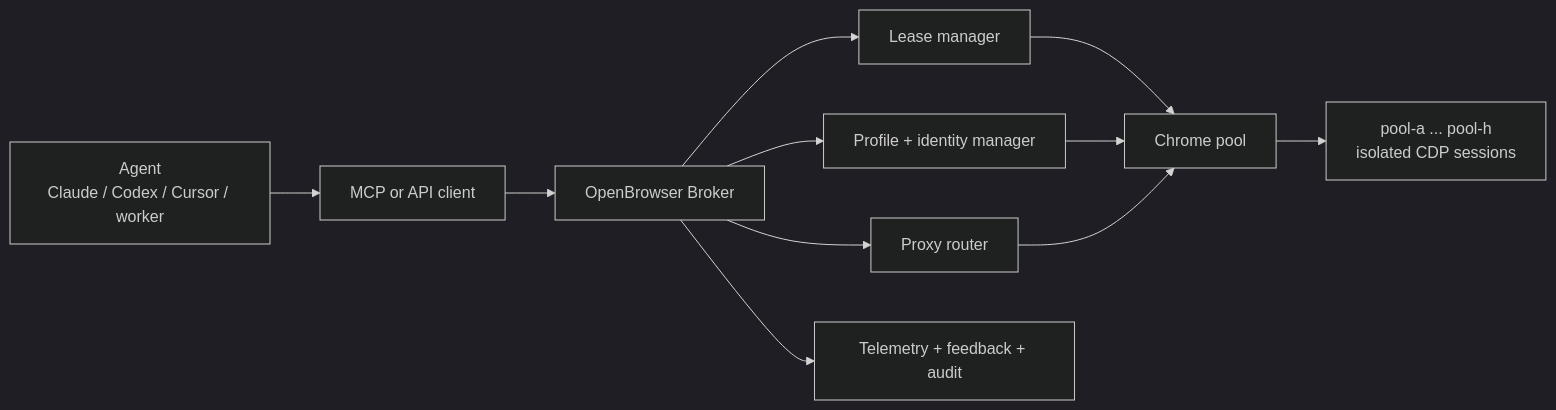
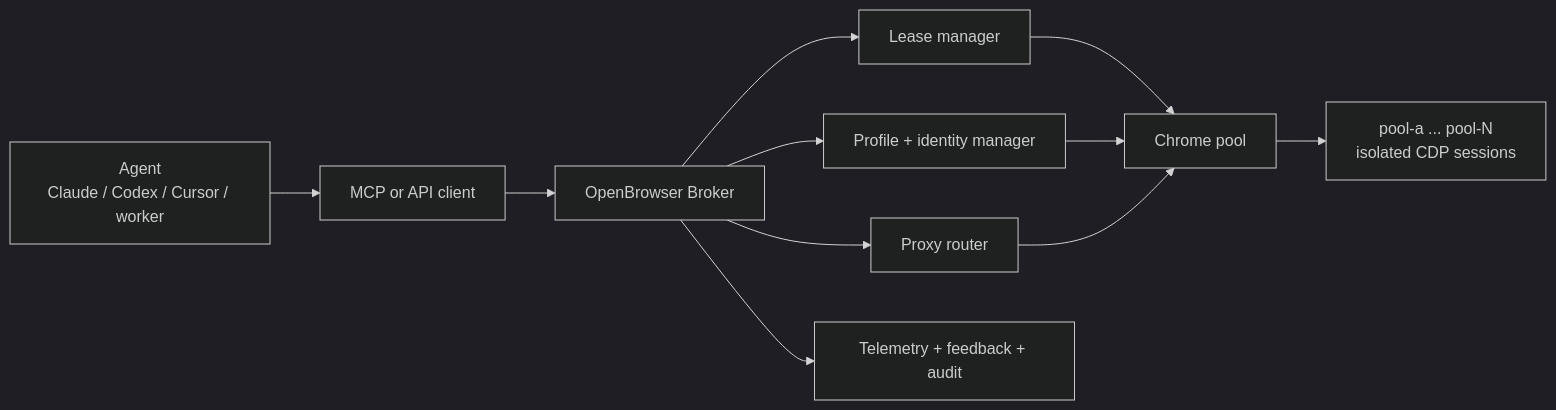
Before and after one commit to floomhq/openbrowser: the first of 4 diagrams in README.md, drawn with Mermaid (dark theme). The commit also changed 3 other files, not shown here.

````diff
--- a/README.md
+++ b/README.md
@@ -16,13 +16,13 @@
 ```mermaid
 flowchart LR
   Agent["Agent\nClaude / Codex / Cursor / worker"] --> Client["MCP or API client"]
   Client --> Broker["OpenBrowser Broker"]
   Broker --> Lease["Lease manager"]
   Broker --> Profiles["Profile + identity manager"]
   Broker --> Proxy["Proxy router"]
   Broker --> Observability["Telemetry + feedback + audit"]
   Lease --> Pool["Chrome pool"]
   Profiles --> Pool
   Proxy --> Pool
-  Pool --> Slots["pool-a ... pool-h\nisolated CDP sessions"]
+  Pool --> Slots["pool-a ... pool-N\nisolated CDP sessions"]
 ```
````
